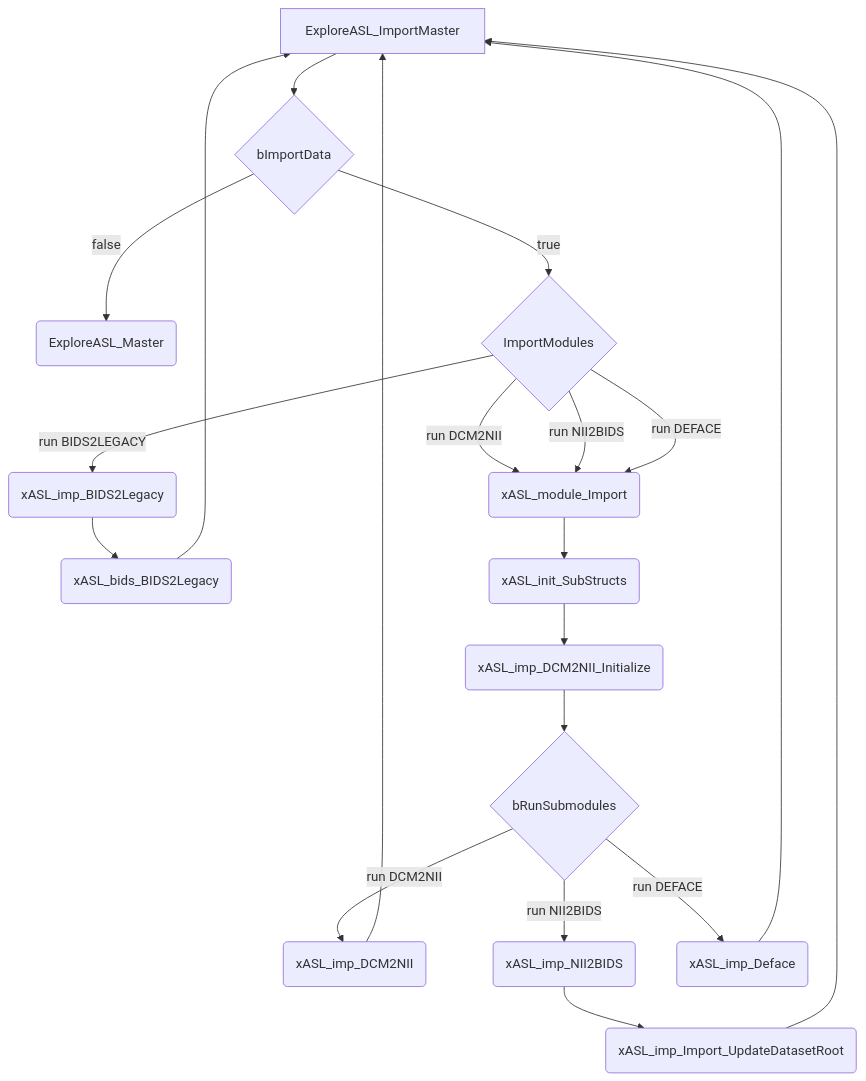
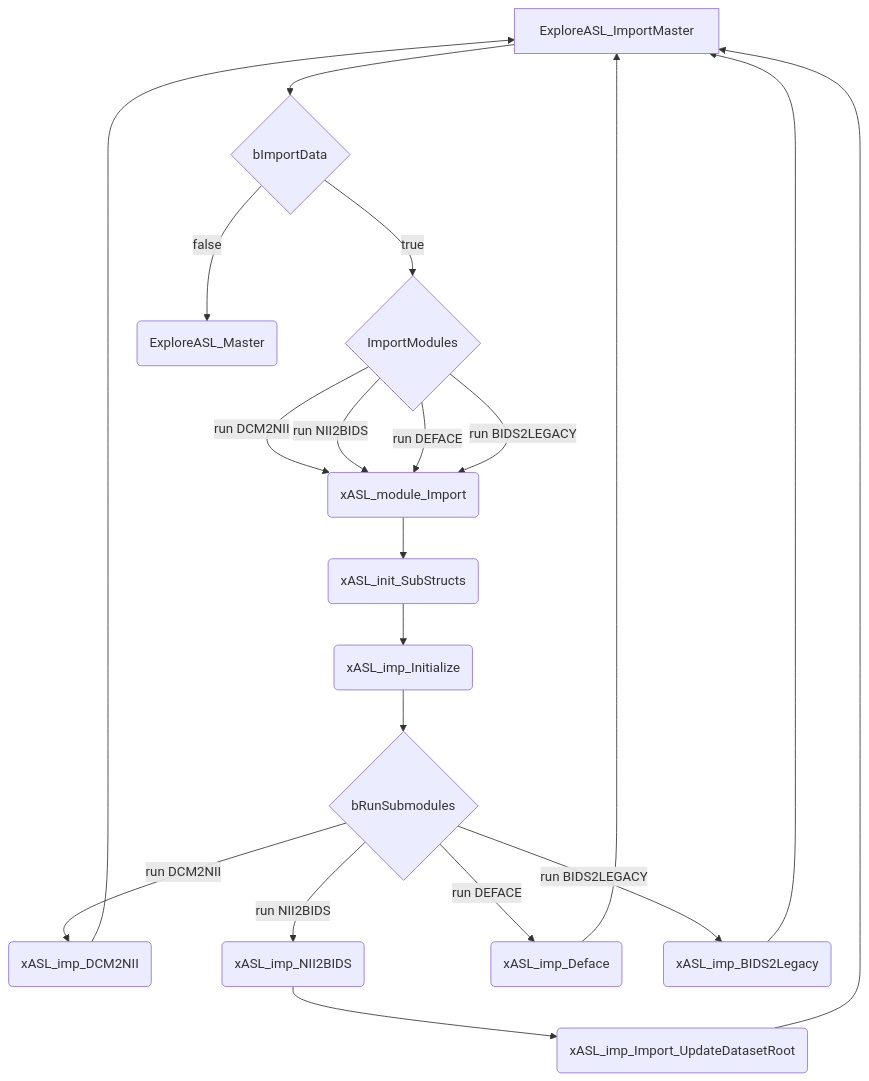
Before and after one commit to ExploreASL/Documentation: the first of 4 diagrams in templates/FLOWCHARTS.md, drawn with Mermaid.

Commit message:
Update Flowcharts

````diff
--- a/templates/FLOWCHARTS.md
+++ b/templates/FLOWCHARTS.md
@@ -8,22 +8,22 @@
 ```mermaid
 graph TD
     A[ExploreASL_ImportMaster] --> B{bImportData}
-    B --> |false| C(ExploreASL_Master)
-    B --> |true| D{ImportModules}
     D --> |run DCM2NII| E(xASL_module_Import)
     D --> |run NII2BIDS| E(xASL_module_Import)
     D --> |run DEFACE| E(xASL_module_Import)
-    D --> |run BIDS2LEGACY| F(xASL_imp_BIDS2Legacy)
-    F --> G(xASL_bids_BIDS2Legacy)
-    G --> A
+    D --> |run BIDS2LEGACY| E(xASL_module_Import)
     E --> H(xASL_init_SubStructs)
-    H --> I(xASL_imp_DCM2NII_Initialize)
+    H --> I(xASL_imp_Initialize)
     I --> J{bRunSubmodules}
     J --> |run DCM2NII| K(xASL_imp_DCM2NII)
     J --> |run NII2BIDS| L(xASL_imp_NII2BIDS)
     J --> |run DEFACE| M(xASL_imp_Deface)
+    J --> |run BIDS2LEGACY| F(xASL_imp_BIDS2Legacy)
     L --> N(xASL_imp_Import_UpdateDatasetRoot)
     K --> A
     N --> A
     M --> A
+    F --> A
+    B --> |false| C(ExploreASL_Master)
+    B --> |true| D{ImportModules}
 ```
````
